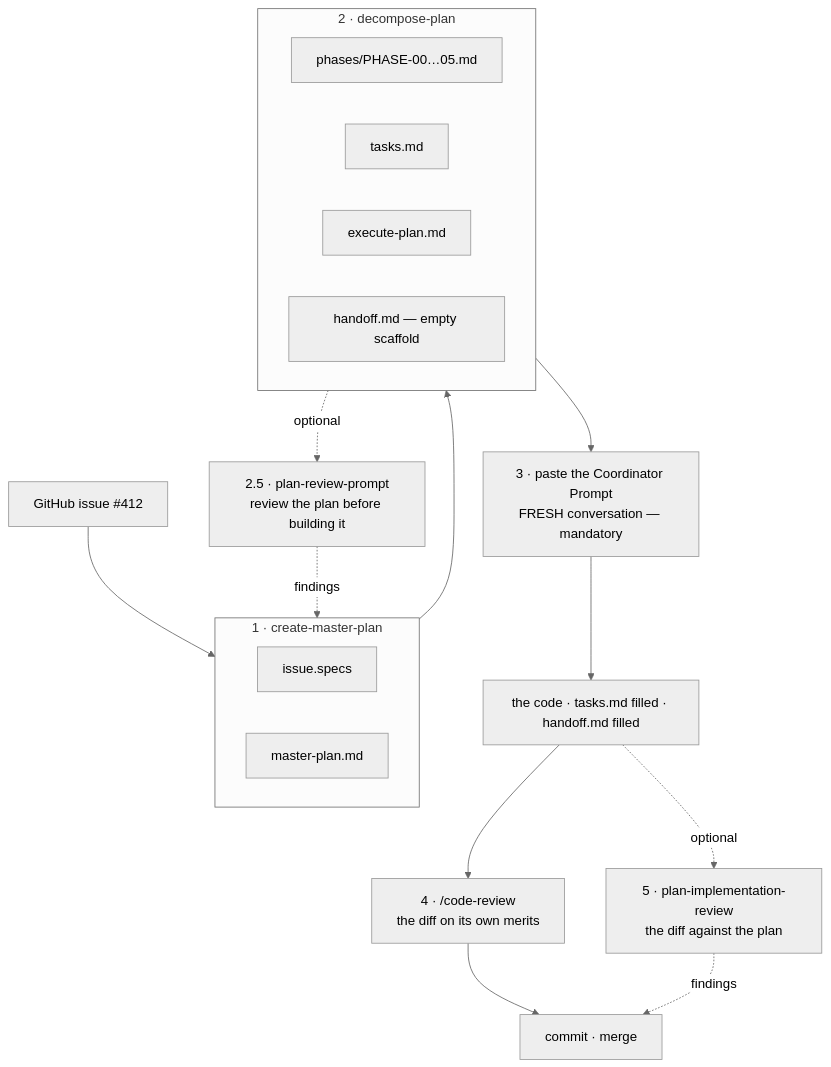
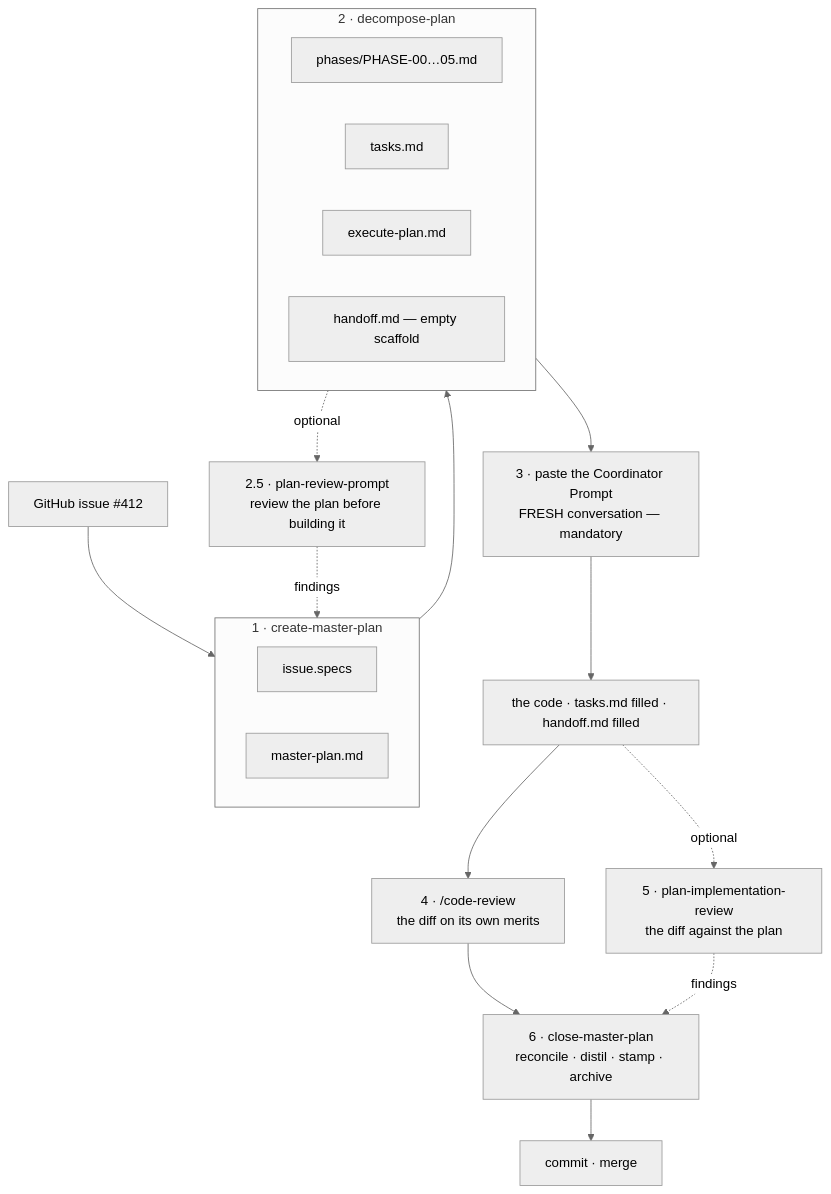
The first of 13 diagrams in docs/master-plan-pack/TUTORIAL.md (necofx/necofx-claude-marketplace), drawn with Mermaid (neutral theme) before and after one commit. The commit also changed other lines of this file, not shown here.

Commit message:
TUTORIAL: extend the top-of-document overview to six steps

````diff
--- a/docs/master-plan-pack/TUTORIAL.md
+++ b/docs/master-plan-pack/TUTORIAL.md
@@ -39,29 +39,30 @@
 ```mermaid
 flowchart TD
     T["GitHub issue #412"] --> S1
 
     subgraph S1["1 · create-master-plan"]
         A1["issue.specs"]
         A2["master-plan.md"]
     end
 
     S1 --> S2
 
     subgraph S2["2 · decompose-plan"]
         B1["phases/PHASE-00…05.md"]
         B2["tasks.md"]
         B3["execute-plan.md"]
         B4["handoff.md — empty scaffold"]
     end
 
     S2 -. optional .-> R1["2.5 · plan-review-prompt<br/>review the plan before building it"]
     R1 -. findings .-> S1
 
     S2 --> S3["3 · paste the Coordinator Prompt<br/>FRESH conversation — mandatory"]
     S3 --> C1["the code · tasks.md filled · handoff.md filled"]
 
     C1 --> S4["4 · /code-review<br/>the diff on its own merits"]
     C1 -. optional .-> R2["5 · plan-implementation-review<br/>the diff against the plan"]
-    S4 --> M["commit · merge"]
-    R2 -. findings .-> M
+    S4 --> S6["6 · close-master-plan<br/>reconcile · distil · stamp · archive"]
+    R2 -. findings .-> S6
+    S6 --> M["commit · merge"]
 ```
````
